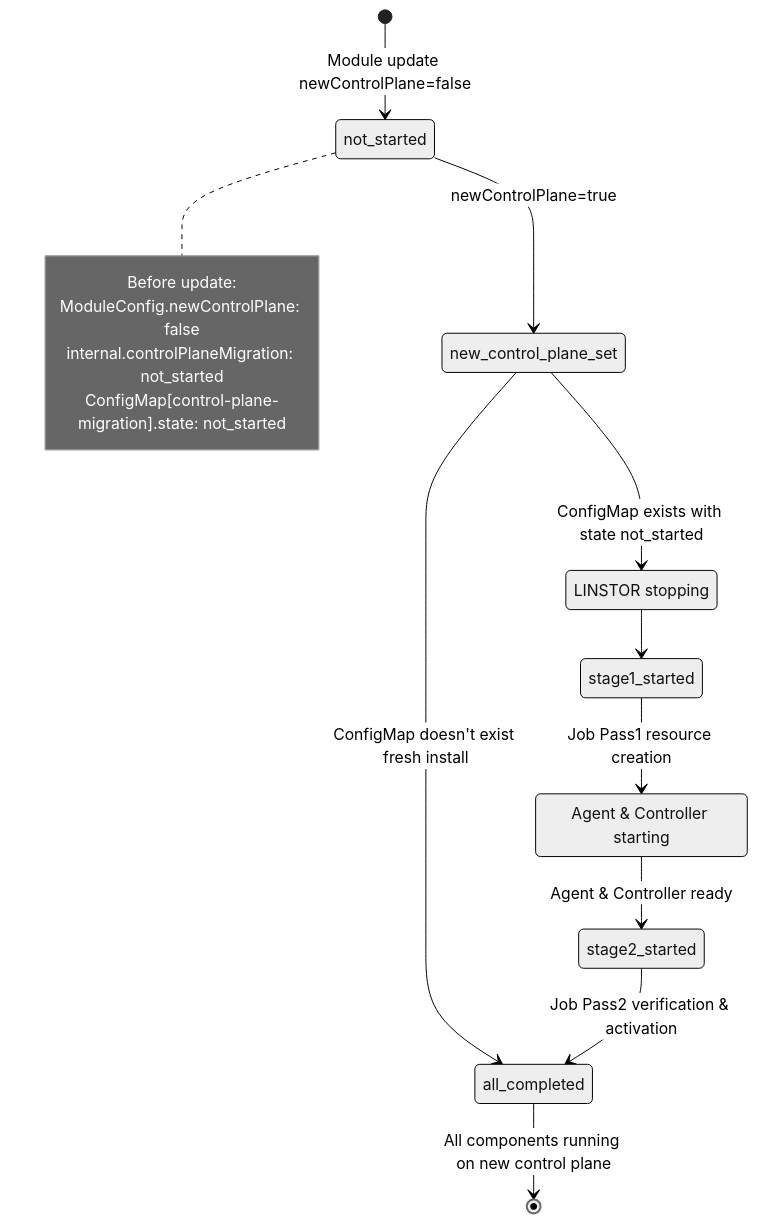
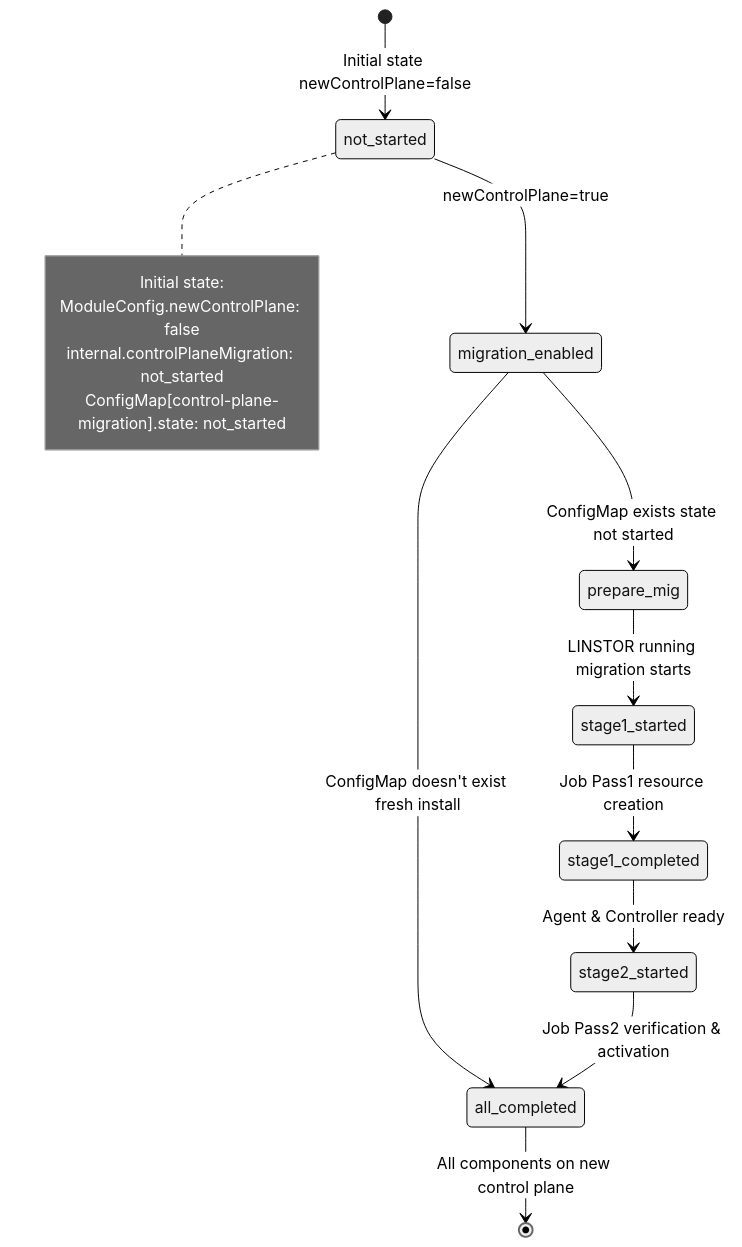
One commit to deckhouse/sds-replicated-volume changed the first of 3 diagrams in docs/dev/CONTROL_PLANE_MIGRATION.md. Above: the diagram before and after it, drawn with Mermaid (neutral theme). The commit also changed other lines of this file, not shown here.

Commit message:
remove OnBeforeHelm hook

````diff
--- a/docs/dev/CONTROL_PLANE_MIGRATION.md
+++ b/docs/dev/CONTROL_PLANE_MIGRATION.md
@@ -15,27 +14,25 @@
 ```mermaid
 stateDiagram-v2
-    [*] --> not_started : Module update newControlPlane=false
-    not_started --> new_control_plane_set : newControlPlane=true
+    [*] --> not_started : Initial state newControlPlane=false
+    not_started --> migration_enabled : newControlPlane=true
     
-    new_control_plane_set --> all_completed : ConfigMap doesn't exist fresh install
-    new_control_plane_set --> stage1_ready : ConfigMap exists with state not_started
+    migration_enabled --> all_completed : ConfigMap doesn't exist fresh install
+    migration_enabled --> prepare_mig : ConfigMap exists state not started
     
-    stage1_ready : LINSTOR stopping
-    stage1_ready --> stage1_started
+    prepare_mig --> stage1_started : LINSTOR running migration starts
     
     stage1_started --> stage1_completed : Job Pass1 resource creation
     
-    stage1_completed : Agent & Controller starting
     stage1_completed --> stage2_started : Agent & Controller ready
     
     stage2_started --> all_completed : Job Pass2 verification & activation
     
-    all_completed --> [*] : All components running on new control plane
+    all_completed --> [*] : All components on new control plane
 
     note right of not_started
-      Before update:
+      Initial state:
         ModuleConfig.newControlPlane: false
         internal.controlPlaneMigration: not_started
         ConfigMap[control-plane-migration].state: not_started
     end note
 ```
````
